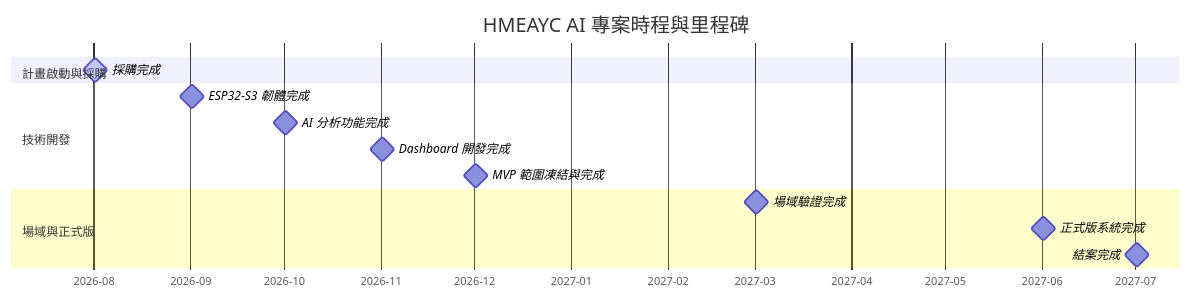
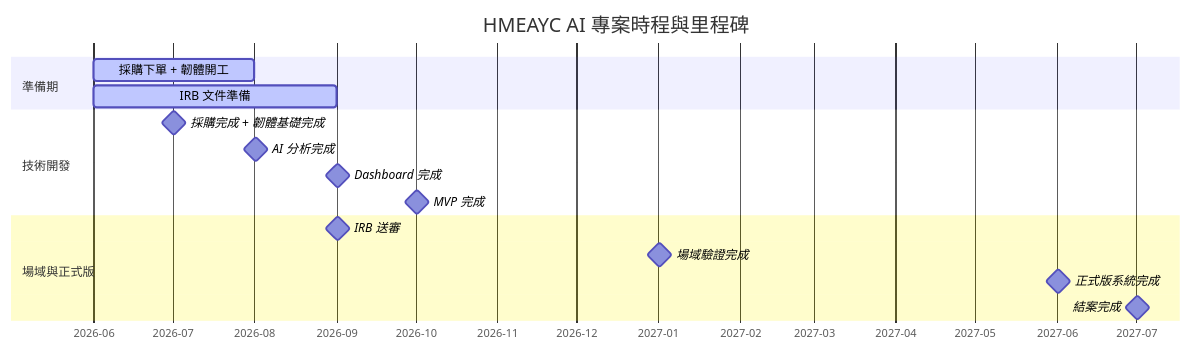
The first of 2 diagrams in README.md (HMEAYC/NSTC), drawn with Mermaid before and after one commit. The commit also changed other lines of this file and 48 other files, not shown here.

````diff
--- a/README.md
+++ b/README.md
@@ -24,20 +24,22 @@
 ```mermaid
 gantt
     title HMEAYC AI 專案時程與里程碑
     dateFormat  YYYY-MM
     axisFormat  %Y-%m
-    
-    section 計畫啟動與採購
-    採購完成           :milestone, active, 2026-08, 1d
-    
+
+    section 準備期
+    採購下單 + 韌體開工    :active, 2026-06, 2026-08
+    IRB 文件準備           :active, 2026-06, 2026-09
+
     section 技術開發
-    ESP32-S3 韌體完成   :milestone, 2026-09, 1d
-    AI 分析功能完成    :milestone, 2026-10, 1d
-    Dashboard 開發完成 :milestone, 2026-11, 1d
-    MVP 範圍凍結與完成  :milestone, 2026-12, 1d
-    
+    採購完成 + 韌體基礎完成 :milestone, 2026-07, 1d
+    AI 分析完成            :milestone, 2026-08, 1d
+    Dashboard 完成         :milestone, 2026-09, 1d
+    MVP 完成               :milestone, 2026-10, 1d
+
     section 場域與正式版
-    場域驗證完成        :milestone, 2027-03, 1d
-    正式版系統完成      :milestone, 2027-06, 1d
-    結案完成           :milestone, 2027-07, 1d
+    IRB 送審               :milestone, 2026-09, 1d
+    場域驗證完成            :milestone, 2027-01, 1d
+    正式版系統完成          :milestone, 2027-06, 1d
+    結案完成               :milestone, 2027-07, 1d
 ```
````
